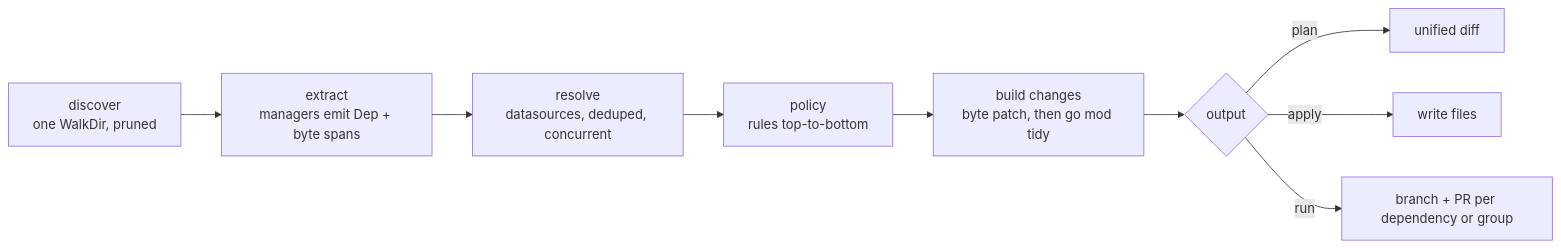
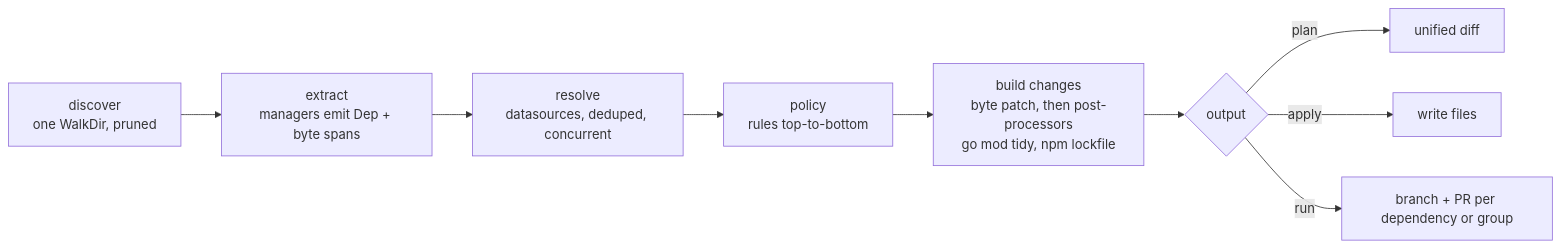
The diagram in docs/design.md (jakobmoellerdev/deps), drawn with Mermaid before and after one commit. The commit also changed other lines of this file and 26 other files, not shown here.

````diff
--- a/docs/design.md
+++ b/docs/design.md
@@ -15,11 +15,11 @@
 ```mermaid
 flowchart LR
     D[discover<br/>one WalkDir, pruned] --> E[extract<br/>managers emit Dep + byte spans]
     E --> R[resolve<br/>datasources, deduped, concurrent]
     R --> P[policy<br/>rules top-to-bottom]
-    P --> B[build changes<br/>byte patch, then go mod tidy]
+    P --> B[build changes<br/>byte patch, then post-processors<br/>go mod tidy, npm lockfile]
     B --> O{output}
     O -->|plan| O1[unified diff]
     O -->|apply| O2[write files]
     O -->|run| O3[branch + PR per dependency or group]
 ```
````
